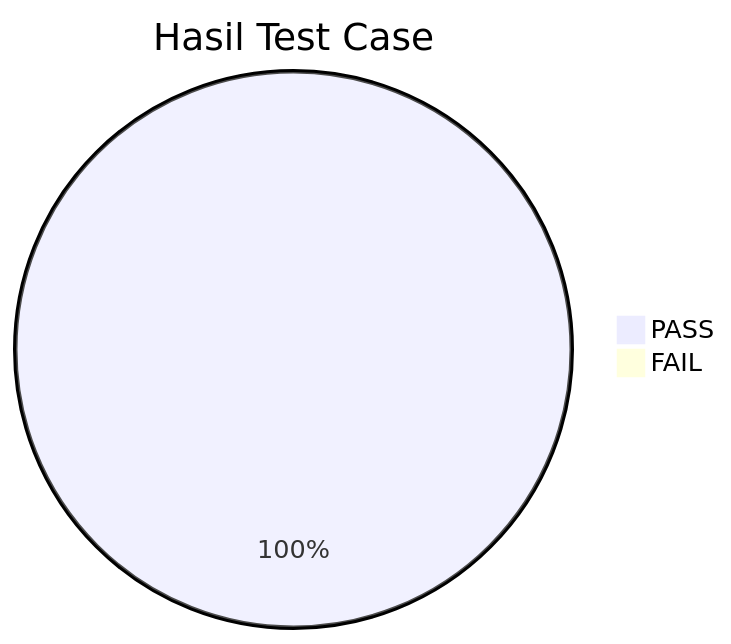
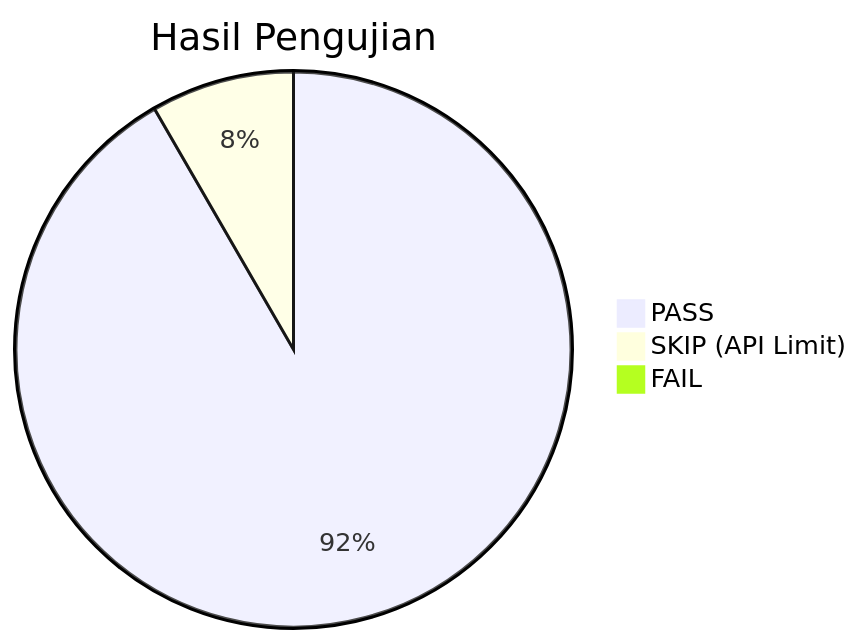
Before and after one commit to mustarisyahding07-spec/WEBSITE_SKRIPSI_MUSTARI: the sixth of 7 diagrams in docs/BLACK_BOX_TESTING.md, drawn with Mermaid. The commit also changed other lines of this file and 7 other files, not shown here.

````diff
--- a/docs/BLACK_BOX_TESTING.md
+++ b/docs/BLACK_BOX_TESTING.md
@@ -301,5 +317,6 @@
 ```mermaid
-pie title Hasil Test Case
-    "PASS" : 32
+pie title Hasil Pengujian
+    "PASS" : 33
+    "SKIP (API Limit)" : 3
     "FAIL" : 0
 ```
````
